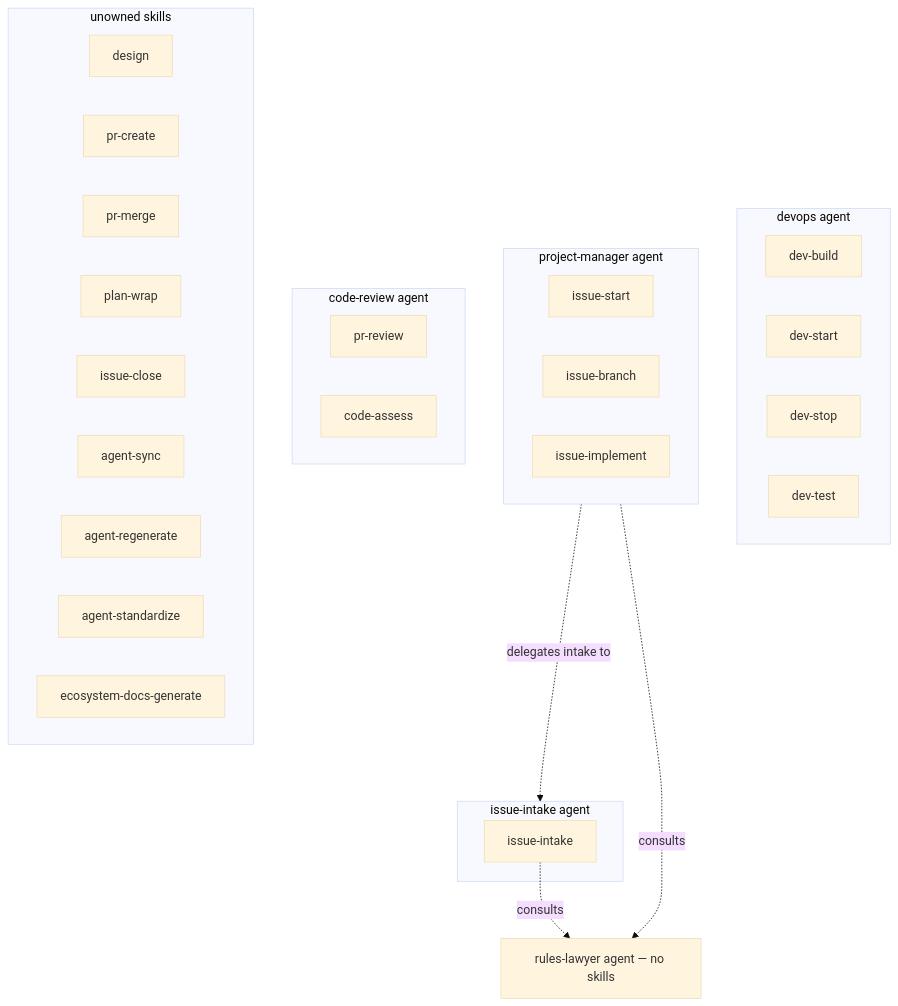
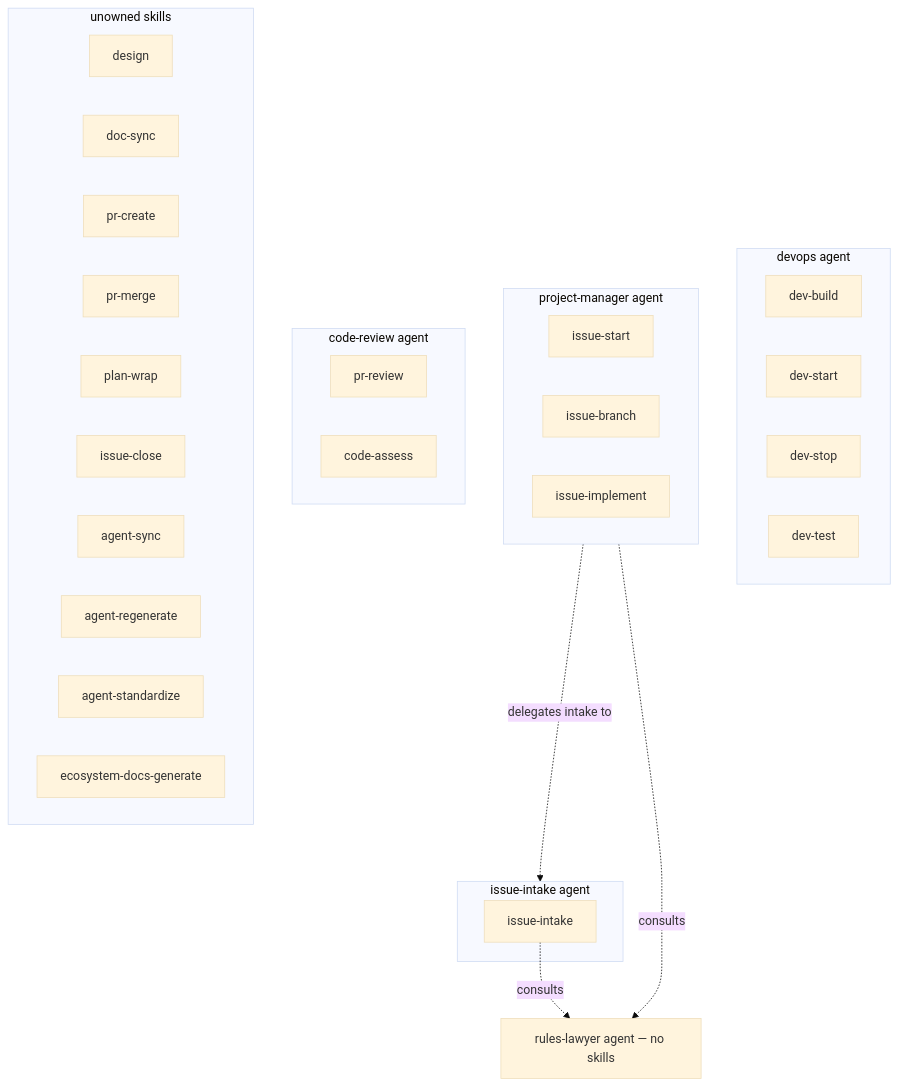
The first of 2 diagrams in docs/claude-ecosystem/network-diagram.md (ashitaka-emishi/lob-online), drawn with Mermaid (base theme) before and after one commit. The commit also changed other lines of this file and 20 other files, not shown here.

````diff
--- a/docs/claude-ecosystem/network-diagram.md
+++ b/docs/claude-ecosystem/network-diagram.md
@@ -21,42 +21,43 @@
 ```mermaid
 graph TD
   subgraph devops[devops agent]
     dev-build
     dev-start
     dev-stop
     dev-test
   end
 
   subgraph pm[project-manager agent]
     issue-start
     issue-branch
     issue-implement
   end
 
   subgraph ii[issue-intake agent]
     issue-intake
   end
 
   subgraph cr[code-review agent]
     pr-review
     code-assess
   end
 
   rl[rules-lawyer agent — no skills]
 
   subgraph standalone[unowned skills]
     design
+    doc-sync
     pr-create
     pr-merge
     plan-wrap
     issue-close
     agent-sync
     agent-regenerate
     agent-standardize
     ecosystem-docs-generate
   end
 
   issue-intake -.->|consults| rl
   pm -.->|delegates intake to| ii
   pm -.->|consults| rl
 ```
````
